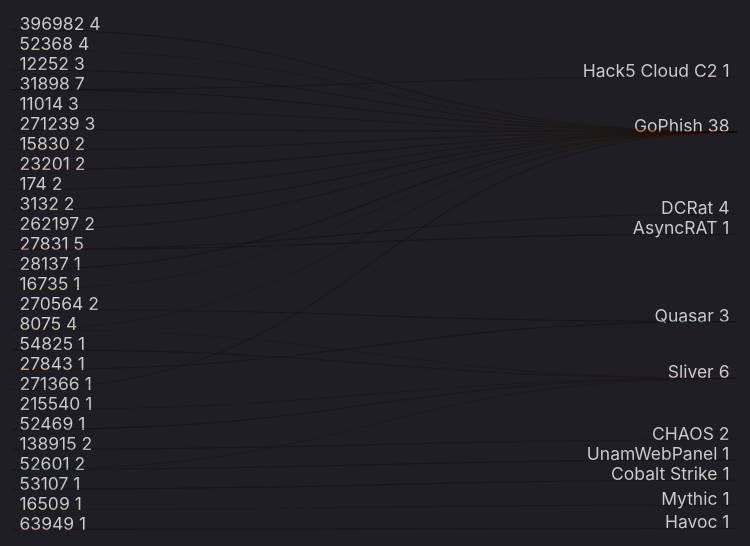
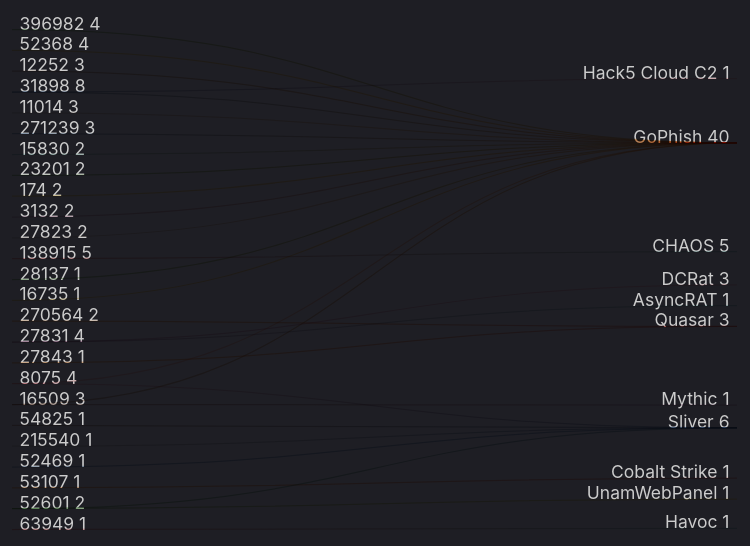
The sixth of 8 diagrams in zolim.md (ZoqueLabs/website), drawn with Mermaid before and after one commit. The commit also changed other lines of this file, not shown here.

````diff
--- a/zolim.md
+++ b/zolim.md
@@ -154,38 +154,38 @@
 ```mermaid
 ---
 config:
   theme: dark
 ---
 %% ASN → Threat (top)
 sankey-beta
-  31898,GoPhish,6
-  27831,DCRat,4
+  31898,GoPhish,7
+  138915,CHAOS,5
   396982,GoPhish,4
   52368,GoPhish,4
+  27831,DCRat,3
   12252,GoPhish,3
   11014,GoPhish,3
   271239,GoPhish,3
   270564,Quasar,2
   15830,GoPhish,2
   23201,GoPhish,2
   174,GoPhish,2
   3132,GoPhish,2
   8075,GoPhish,2
-  262197,GoPhish,2
+  16509,GoPhish,2
+  27823,GoPhish,2
   8075,Sliver,2
-  138915,CHAOS,2
   53107,Cobalt Strike,1
   27831,AsyncRAT,1
   52601,Sliver,1
   52601,UnamWebPanel,1
   16509,Mythic,1
   31898,Hack5 Cloud C2,1
   54825,Sliver,1
   215540,Sliver,1
   52469,Sliver,1
   27843,Quasar,1
   63949,Havoc,1
   28137,GoPhish,1
   16735,GoPhish,1
-  271366,GoPhish,1
 ```
````
